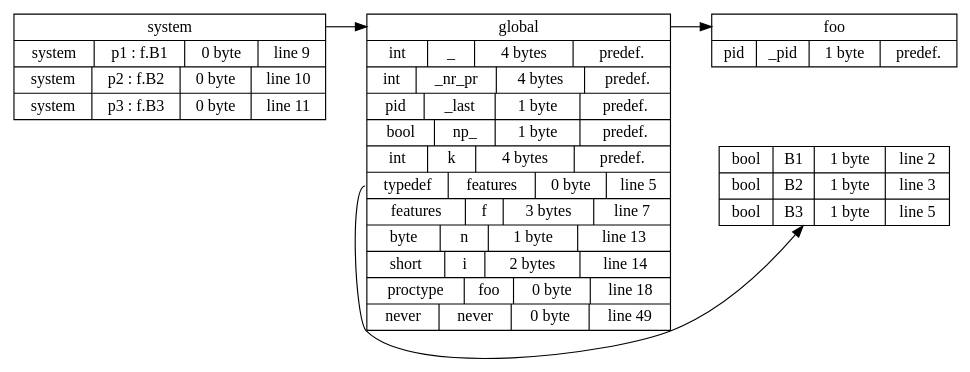
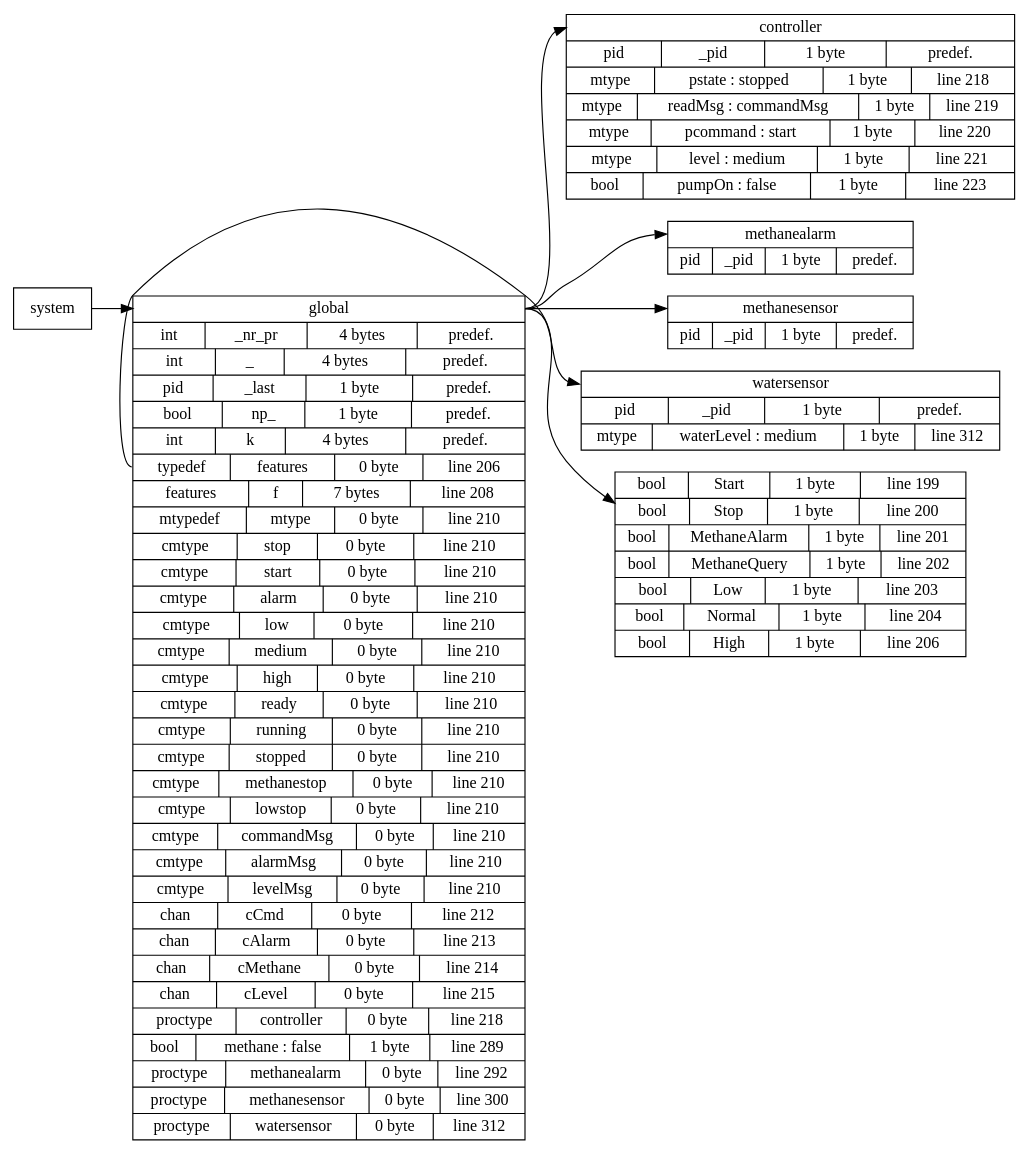
One commit to samilazregsuidi/Daedalux changed the diagram in sym_table_graphviz.dot. Above: the diagram before and after it, drawn with Graphviz. The commit also changed 161 other files, not shown here.

```diff
--- a/sym_table_graphviz.dot
+++ b/sym_table_graphviz.dot
@@ -1,20 +1,35 @@
 digraph symbol_table {
 	 rankdir = LR
-	system[ shape = record, label = "<f0> system | { <93824994280640> system|p1 : f.B1| 0 byte | line 9 } | { <93824994281936> system|p2 : f.B2| 0 byte | line 10 } | { <93824994283200> system|p3 : f.B3| 0 byte | line 11 }"]
+	system[ shape = record, label = "<f0> system"]
 
-	global[ shape = record, label = "<f0> global | { <93824994272992> int|_| 4 bytes | predef. } | { <93824994273264> int|_nr_pr| 4 bytes | predef. } | { <93824994273424> pid|_last| 1 byte | predef. } | { <93824994273584> bool|np_| 1 byte | predef. } | { <93824994273744> int|k| 4 bytes | predef. } | { <93824994278704> typedef|features| 0 byte | line 5 } | { <93824994279296> features|f| 3 bytes | line 7 } | { <93824994283568> byte|n| 1 byte | line 13 } | { <93824994283936> short|i| 2 bytes | line 14 } | { <93824994334144> proctype|foo| 0 byte | line 18 } | { <93824994365968> never|never| 0 byte | line 49 }"]
+	global[ shape = record, label = "<f0> global | { <93824994262736> int|_nr_pr| 4 bytes | predef. } | { <93824994264896> int|_| 4 bytes | predef. } | { <93824994302080> pid|_last| 1 byte | predef. } | { <93824994302240> bool|np_| 1 byte | predef. } | { <93824994302400> int|k| 4 bytes | predef. } | { <93824994308128> typedef|features| 0 byte | line 206 } | { <93824994308688> features|f| 7 bytes | line 208 } | { <93824994309072> mtypedef|mtype| 0 byte | line 210 } | { <93824994309200> cmtype|stop| 0 byte | line 210 } | { <93824994309536> cmtype|start| 0 byte | line 210 } | { <93824994309760> cmtype|alarm| 0 byte | line 210 } | { <93824994309984> cmtype|low| 0 byte | line 210 } | { <93824994310208> cmtype|medium| 0 byte | line 210 } | { <93824994310432> cmtype|high| 0 byte | line 210 } | { <93824994310656> cmtype|ready| 0 byte | line 210 } | { <93824994311120> cmtype|running| 0 byte | line 210 } | { <93824994311344> cmtype|stopped| 0 byte | line 210 } | { <93824994311568> cmtype|methanestop| 0 byte | line 210 } | { <93824994311792> cmtype|lowstop| 0 byte | line 210 } | { <93824994312016> cmtype|commandMsg| 0 byte | line 210 } | { <93824994312240> cmtype|alarmMsg| 0 byte | line 210 } | { <93824994312464> cmtype|levelMsg| 0 byte | line 210 } | { <93824994313168> chan|cCmd| 0 byte | line 212 } | { <93824994313696> chan|cAlarm| 0 byte | line 213 } | { <93824994364784> chan|cMethane| 0 byte | line 214 } | { <93824994365312> chan|cLevel| 0 byte | line 215 } | { <93824994411280> proctype|controller| 0 byte | line 218 } | { <93824994411904> bool|methane : false| 1 byte | line 289 } | { <93824994416336> proctype|methanealarm| 0 byte | line 292 } | { <93824994424400> proctype|methanesensor| 0 byte | line 300 } | { <93824994443440> proctype|watersensor| 0 byte | line 312 }"]
 
-	foo[ shape = record, label = "<f0> foo | { <93824994284608> pid|_pid| 1 byte | predef. }"]
+	controller[ shape = record, label = "<f0> controller | { <93824994366016> pid|_pid| 1 byte | predef. } | { <93824994366720> mtype|pstate : stopped| 1 byte | line 218 } | { <93824994367552> mtype|readMsg : commandMsg| 1 byte | line 219 } | { <93824994368464> mtype|pcommand : start| 1 byte | line 220 } | { <93824994369376> mtype|level : medium| 1 byte | line 221 } | { <93824994369872> bool|pumpOn : false| 1 byte | line 223 }"]
 
 
-	global:f0 -> foo:f0
+	global:f0 -> controller:f0
 
-	features[ shape = record, label = "{ <93824994278160> bool|B1| 1 byte | line 2 } | { <93824994278352> bool|B2| 1 byte | line 3 } | { <93824994278544> bool|B3| 1 byte | line 5 }"]
+	methanealarm[ shape = record, label = "<f0> methanealarm | { <93824994412544> pid|_pid| 1 byte | predef. }"]
 
-	global:93824994278704 -> features
+
+	global:f0 -> methanealarm:f0
+
+	methanesensor[ shape = record, label = "<f0> methanesensor | { <93824994417136> pid|_pid| 1 byte | predef. }"]
+
+
+	global:f0 -> methanesensor:f0
+
+	watersensor[ shape = record, label = "<f0> watersensor | { <93824994425200> pid|_pid| 1 byte | predef. } | { <93824994425984> mtype|waterLevel : medium| 1 byte | line 312 }"]
+
+
+	global:f0 -> watersensor:f0
+
+	features[ shape = record, label = "{ <93824994306816> bool|Start| 1 byte | line 199 } | { <93824994307008> bool|Stop| 1 byte | line 200 } | { <93824994307200> bool|MethaneAlarm| 1 byte | line 201 } | { <93824994307392> bool|MethaneQuery| 1 byte | line 202 } | { <93824994307584> bool|Low| 1 byte | line 203 } | { <93824994307776> bool|Normal| 1 byte | line 204 } | { <93824994307968> bool|High| 1 byte | line 206 }"]
+
+	global:93824994308128 -> features
 
 
 	system:f0 -> global:f0
 
 
 }
```
